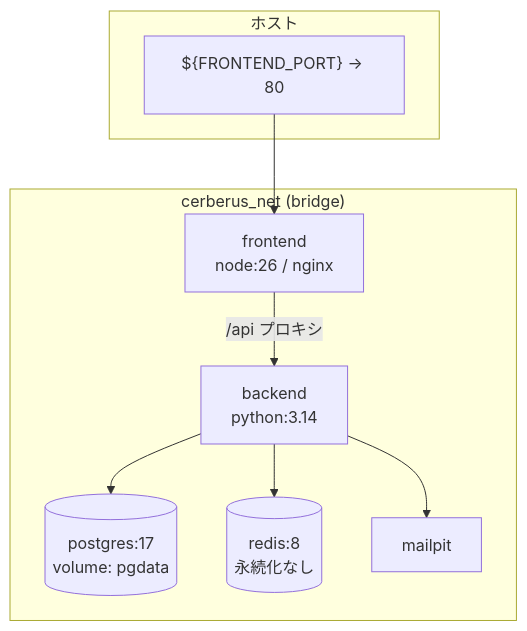
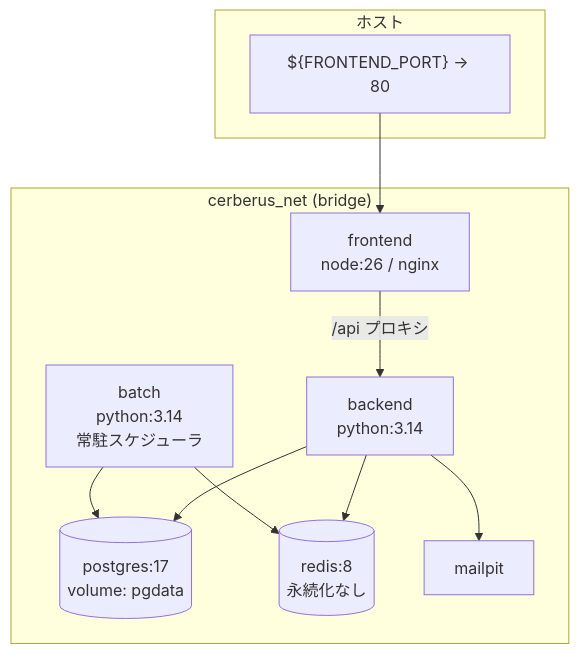
One commit to oikawa-d/task_management changed the first of 3 diagrams in basic_design/06_infra_cicd.md. Above: the diagram before and after it, drawn with Mermaid. The commit also changed other lines of this file and 6 other files, not shown here.

````diff
--- a/basic_design/06_infra_cicd.md
+++ b/basic_design/06_infra_cicd.md
@@ -16,20 +16,23 @@
 ```mermaid
 flowchart TB
     subgraph host["ホスト"]
         P1["${FRONTEND_PORT} → 80"]
     end
 
     subgraph net["cerberus_net (bridge)"]
         FE["frontend<br/>node:26 / nginx"]
         BE["backend<br/>python:3.14"]
+        BA["batch<br/>python:3.14<br/>常駐スケジューラ"]
         PG[("postgres:17<br/>volume: pgdata")]
         RD[("redis:8<br/>永続化なし")]
         MP["mailpit"]
     end
 
     P1 --> FE
     FE -->|"/api プロキシ"| BE
     BE --> PG
     BE --> RD
     BE --> MP
+    BA --> PG
+    BA --> RD
 ```
````
